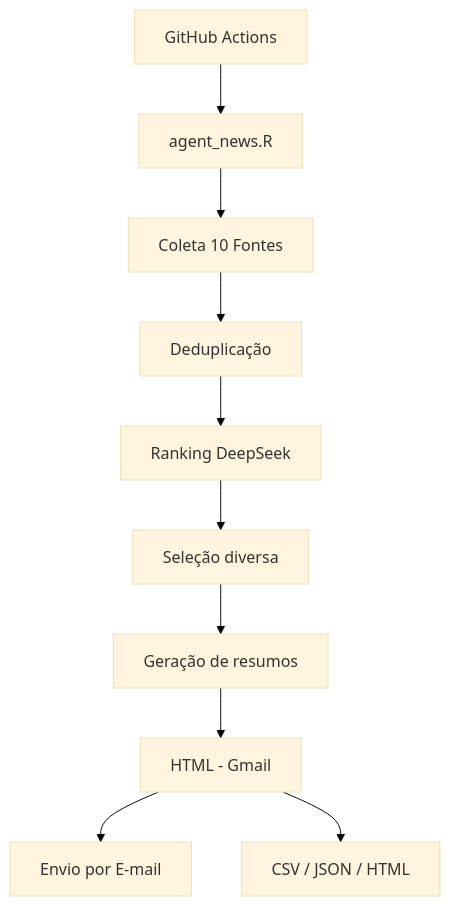
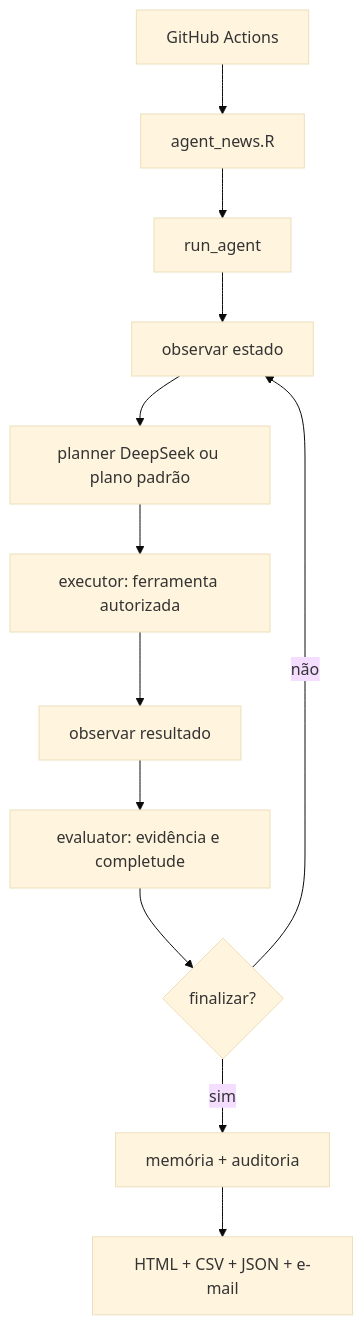
Before and after one commit to santosry/agent-news: the diagram in README.md, drawn with Mermaid (base theme). The commit also changed other lines of this file and 47 other files, not shown here.

````diff
--- a/README.md
+++ b/README.md
@@ -9,12 +9,14 @@
 ```mermaid
 graph TD
   A[GitHub Actions] --> B[agent_news.R]
-  B --> C[Coleta 10 Fontes]
-  C --> D[Deduplicação]
-  D --> E[Ranking DeepSeek]
-  E --> F[Seleção diversa]
-  F --> G[Geração de resumos]
-  G --> H[HTML - Gmail]
-  H --> I[Envio por E-mail]
-  H --> J[CSV / JSON / HTML]
+  B --> C[run_agent]
+  C --> D[observar estado]
+  D --> E[planner DeepSeek ou plano padrão]
+  E --> F[executor: ferramenta autorizada]
+  F --> G[observar resultado]
+  G --> H[evaluator: evidência e completude]
+  H --> I{finalizar?}
+  I -- não --> D
+  I -- sim --> J[memória + auditoria]
+  J --> K[HTML + CSV + JSON + e-mail]
 ```
````
